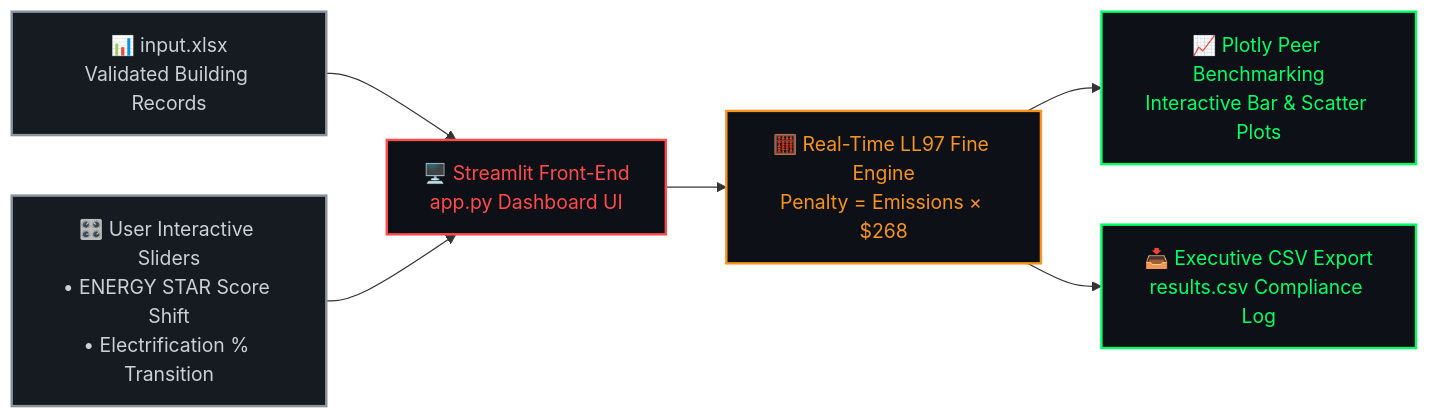
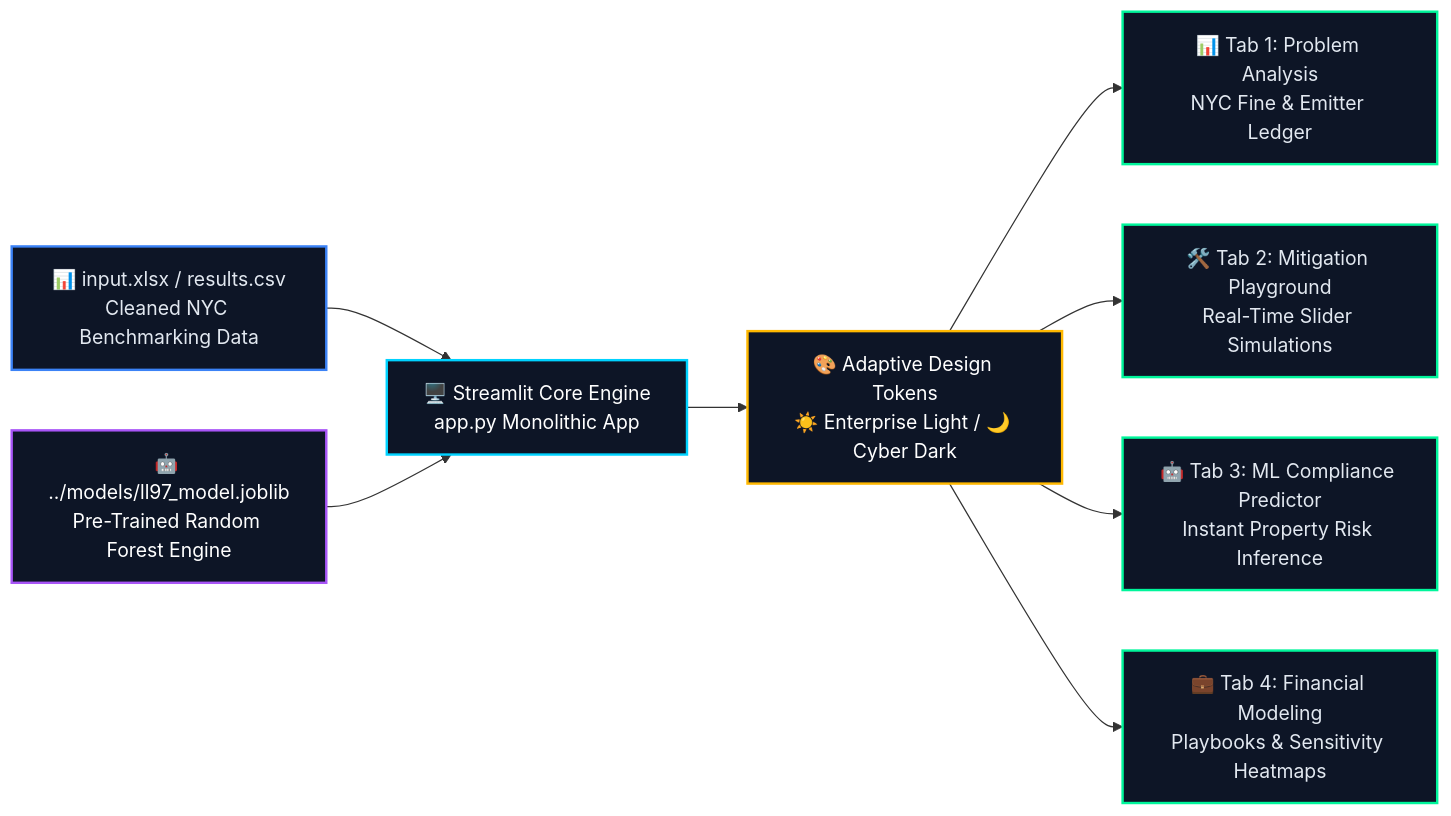
One commit to Huda-Amr/carbon-heist-mitigation changed the diagram in application/README.md. Above: the diagram before and after it, drawn with Mermaid. The commit also changed other lines of this file, not shown here.

Commit message:
Overhaul application/README.md with comprehensive C-Suite ESG & LL97 architecture showcase, dual-theme documentation, and analytical module breakdown

````diff
--- a/application/README.md
+++ b/application/README.md
@@ -19,13 +27,16 @@
 ```mermaid
 flowchart LR
-    DATA["📊 input.xlsx\nValidated Building Records"]:::in --> UI["🖥️ Streamlit Front-End\napp.py Dashboard UI"]:::ui
-    SLIDERS["🎛️ User Interactive Sliders\n• ENERGY STAR Score Shift\n• Electrification % Transition"]:::in --> UI
-    UI --> CALC["🧮 Real-Time LL97 Fine Engine\nPenalty = Emissions × $268"]:::calc
-    CALC --> VIZ["📈 Plotly Peer Benchmarking\nInteractive Bar & Scatter Plots"]:::viz
-    CALC --> EXP["📥 Executive CSV Export\nresults.csv Compliance Log"]:::viz
+    DATA["📊 input.xlsx / results.csv\nCleaned NYC Benchmarking Data"]:::data --> CORE["🖥️ Streamlit Core Engine\napp.py Monolithic App"]:::core
+    ML["🤖 ../models/ll97_model.joblib\nPre-Trained Random Forest Engine"]:::ml --> CORE
+    CORE --> THEME["🎨 Adaptive Design Tokens\n☀️ Enterprise Light / 🌙 Cyber Dark"]:::theme
+    THEME --> T1["📊 Tab 1: Problem Analysis\nNYC Fine & Emitter Ledger"]:::tab
+    THEME --> T2["🛠️ Tab 2: Mitigation Playground\nReal-Time Slider Simulations"]:::tab
+    THEME --> T3["🤖 Tab 3: ML Compliance Predictor\nInstant Property Risk Inference"]:::tab
+    THEME --> T4["💼 Tab 4: Financial Modeling\nPlaybooks & Sensitivity Heatmaps"]:::tab
 
-    classDef in fill:#161B22,stroke:#8B949E,stroke-width:2px,color:#C9D1D9
-    classDef ui fill:#0D1117,stroke:#FF4B4B,stroke-width:2px,color:#FF4B4B
-    classDef calc fill:#0D1117,stroke:#F7931E,stroke-width:2px,color:#F7931E
-    classDef viz fill:#0D1117,stroke:#00FF66,stroke-width:2px,color:#00FF66
+    classDef data fill:#0d1526,stroke:#3b82f6,stroke-width:2px,color:#e2e8f0
+    classDef core fill:#0d1526,stroke:#00D2FF,stroke-width:2px,color:#ffffff
+    classDef ml fill:#0d1526,stroke:#A855F7,stroke-width:2px,color:#ffffff
+    classDef theme fill:#0d1526,stroke:#FFB800,stroke-width:2px,color:#ffffff
+    classDef tab fill:#0d1526,stroke:#00F59B,stroke-width:2px,color:#e2e8f0
 ```
````
